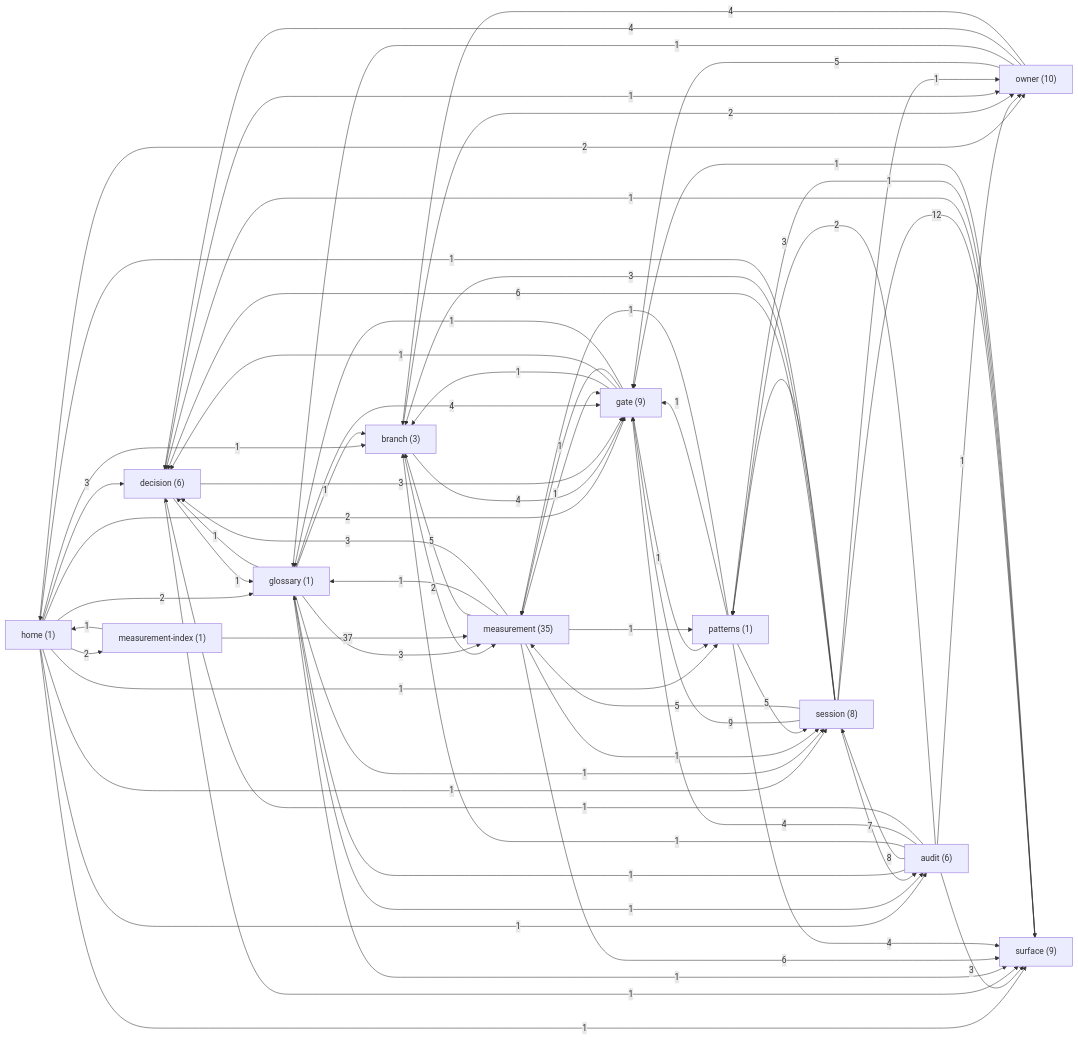
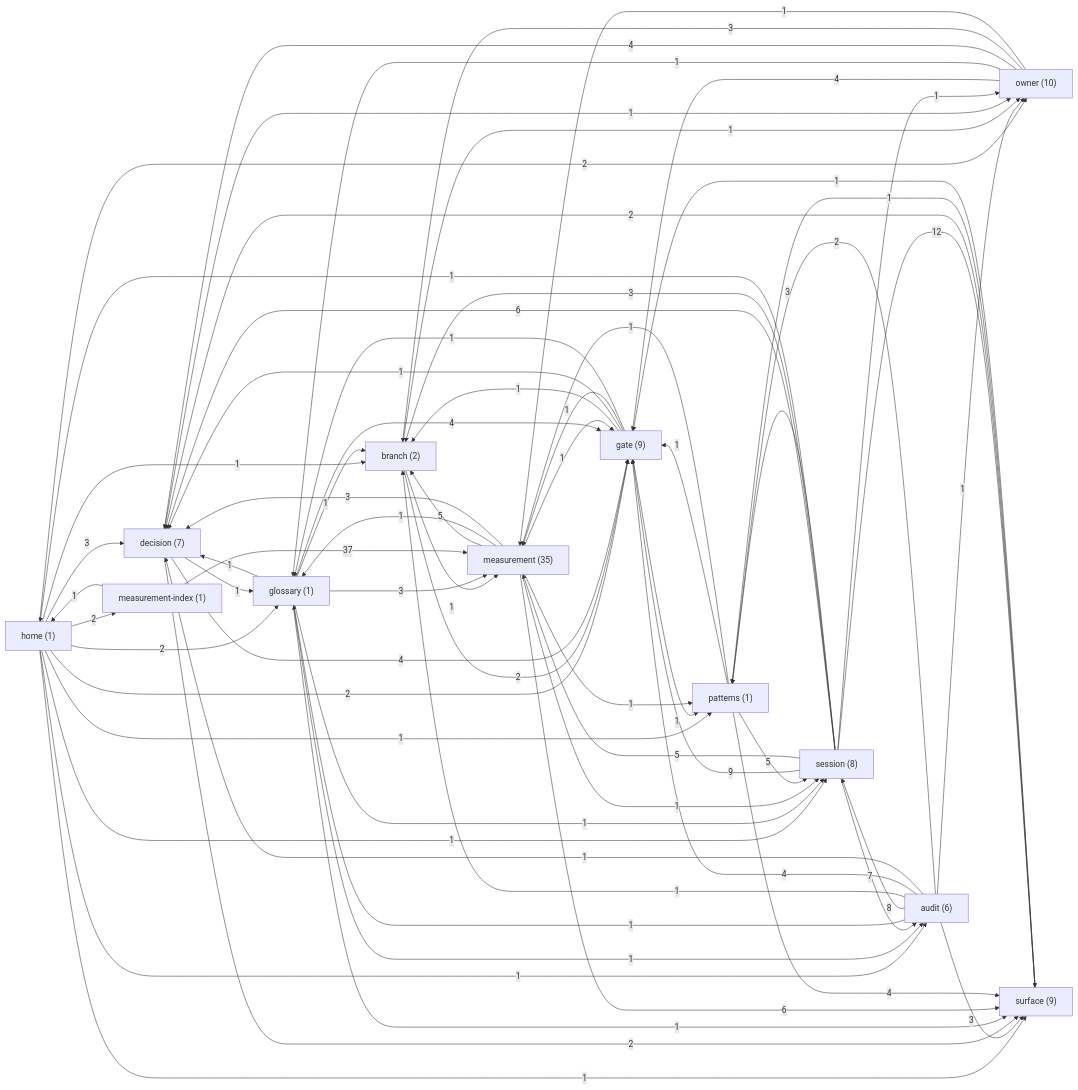
The diagram in docs/brain/GRAPH.md (sergey9519546/STORYMACHINE), drawn with Mermaid before and after one commit. The commit also changed other lines of this file and 14 other files, not shown here.

````diff
--- a/docs/brain/GRAPH.md
+++ b/docs/brain/GRAPH.md
@@ -9,81 +9,82 @@
 ```mermaid
 graph LR
   home["home (1)"]
   audit["audit (6)"]
-  branch["branch (3)"]
-  decision["decision (6)"]
+  branch["branch (2)"]
+  decision["decision (7)"]
   gate["gate (9)"]
   glossary["glossary (1)"]
   measurement["measurement (35)"]
   measurement_index["measurement-index (1)"]
   owner["owner (10)"]
   patterns["patterns (1)"]
   session["session (8)"]
   surface["surface (9)"]
   home -->|3| decision
   home -->|2| glossary
   home -->|2| gate
   home -->|2| measurement_index
   home -->|2| owner
   home -->|1| surface
   home -->|1| session
   home -->|1| audit
   home -->|1| branch
   home -->|1| patterns
   audit -->|1| glossary
   audit -->|8| session
   audit -->|1| branch
   audit -->|4| gate
   audit -->|1| decision
   audit -->|2| patterns
   audit -->|1| owner
   audit -->|3| surface
-  branch -->|2| measurement
-  branch -->|4| gate
-  branch -->|2| owner
+  branch -->|1| measurement
+  branch -->|2| gate
+  branch -->|1| owner
   decision -->|1| glossary
-  decision -->|3| gate
-  decision -->|1| surface
+  decision -->|4| gate
+  decision -->|2| surface
   decision -->|1| owner
   gate -->|1| branch
   gate -->|1| decision
   gate -->|1| measurement
   gate -->|1| patterns
   gate -->|1| glossary
   glossary -->|1| branch
   glossary -->|3| measurement
   glossary -->|1| surface
   glossary -->|4| gate
   glossary -->|1| session
   glossary -->|1| decision
   glossary -->|1| audit
   measurement -->|5| branch
   measurement -->|1| gate
   measurement -->|1| glossary
   measurement -->|1| session
   measurement -->|3| decision
   measurement -->|1| patterns
   measurement -->|6| surface
   measurement_index -->|1| home
   measurement_index -->|37| measurement
-  owner -->|5| gate
+  owner -->|4| gate
   owner -->|1| glossary
   owner -->|4| decision
-  owner -->|4| branch
+  owner -->|3| branch
+  owner -->|1| measurement
   patterns -->|5| session
   patterns -->|4| surface
   patterns -->|1| gate
   patterns -->|1| measurement
   session -->|9| gate
   session -->|7| audit
   session -->|5| measurement
   session -->|6| decision
   session -->|12| surface
   session -->|3| branch
   session -->|1| home
   session -->|3| patterns
   session -->|1| owner
-  surface -->|1| decision
+  surface -->|2| decision
   surface -->|1| patterns
   surface -->|1| gate
 ```
````
